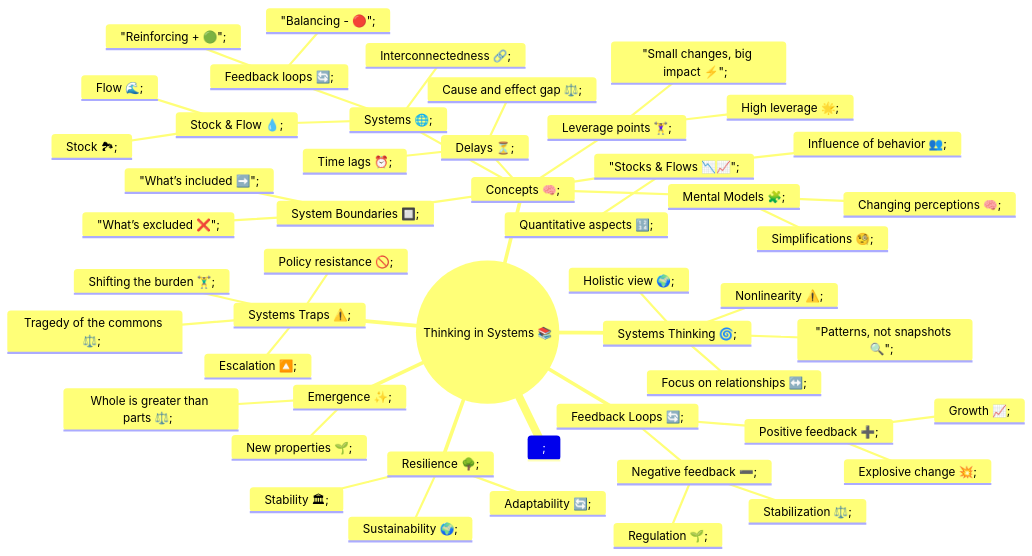
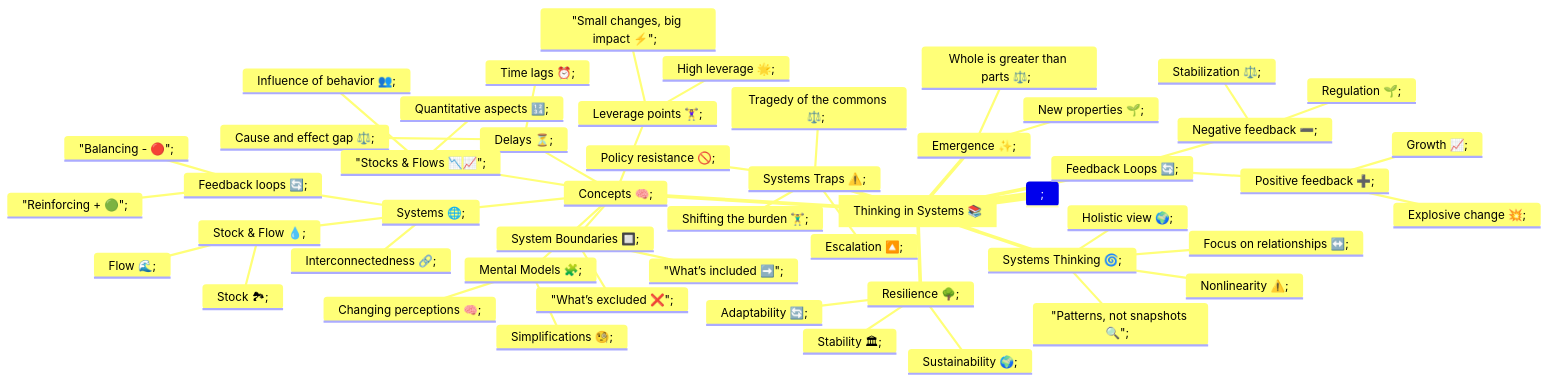
Before and after one commit to bagrounds/obsidian-github-publisher-sync: the diagram in content/books/thinking-in-systems.md, drawn with Mermaid. The commit also changed 2 other files, not shown here.

Commit message:
[PUBLISHER] Merge #412
* PUSH NOTE : index.md

* PUSH NOTE : thinking-in-systems.md

* PUSH NOTE : cybernetics.md

* PUSH NOTE : 2024-05-19.md

* PUSH NOTE : 2024-05-08.md

````diff
--- a/content/books/thinking-in-systems.md
+++ b/content/books/thinking-in-systems.md
@@ -43,52 +43,52 @@
 ```mermaid  
 mindmap;  
-  root((Thinking in Systems 📚))  
+  root[Thinking in Systems 📚)  
     Concepts 🧠;  
       Systems 🌐;  
         Interconnectedness 🔗;  
         Feedback loops 🔄;  
           "Reinforcing + 🟢";  
           "Balancing - 🔴";  
         Stock & Flow 💧;  
           Stock 🏞;  
           Flow 🌊;  
       Leverage points 🏋️‍♀️;  
         "Small changes, big impact ⚡";  
         High leverage 🌟;  
       System Boundaries 🔲;  
         "What’s included ➡️";  
         "What’s excluded ❌";  
       Delays ⏳;  
         Cause and effect gap ⚖️;  
         Time lags ⏰;  
       Mental Models 🧩;  
         Simplifications 🧐;  
         Changing perceptions 🧠;  
       "Stocks & Flows 📉📈";  
         Quantitative aspects 🔢;  
         Influence of behavior 👥;  
     Systems Thinking 🌀;  
       Holistic view 🌍;  
       Focus on relationships ↔️;  
       "Patterns, not snapshots 🔍";  
       Nonlinearity ⚠️;  
     Feedback Loops 🔄;  
       Positive feedback ➕;  
         Growth 📈;  
         Explosive change 💥;  
       Negative feedback ➖;  
         Stabilization ⚖️;  
         Regulation 🌱;  
     Emergence ✨;  
       New properties 🌱;  
       Whole is greater than parts ⚖️;  
     Resilience 🌳;  
       Adaptability 🔄;  
       Stability 🏛;  
       Sustainability 🌍;  
     Systems Traps ⚠️;  
       Policy resistance 🚫;  
       Shifting the burden 🏋️‍♂️;  
       Escalation 🔼;  
       Tragedy of the commons ⚖️;  
 ```  
````
